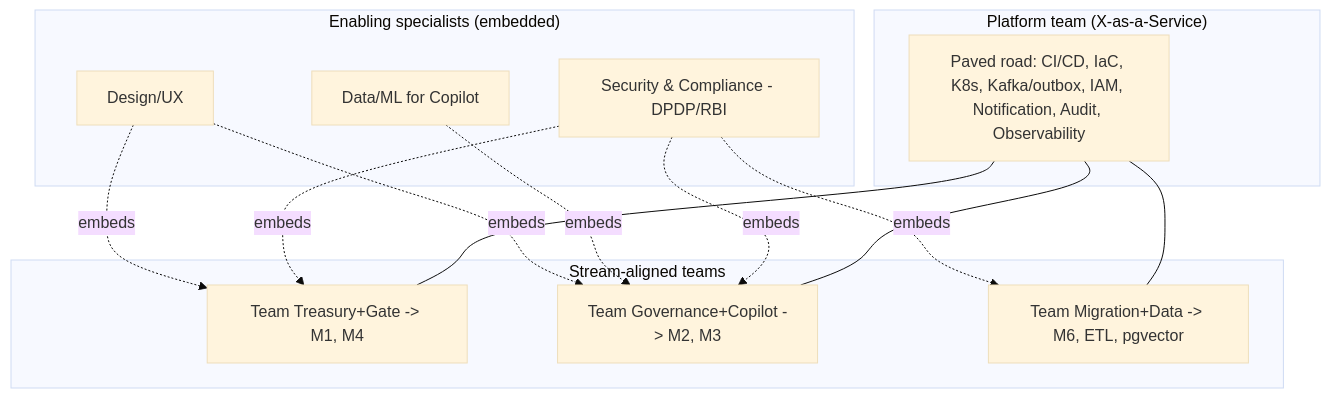
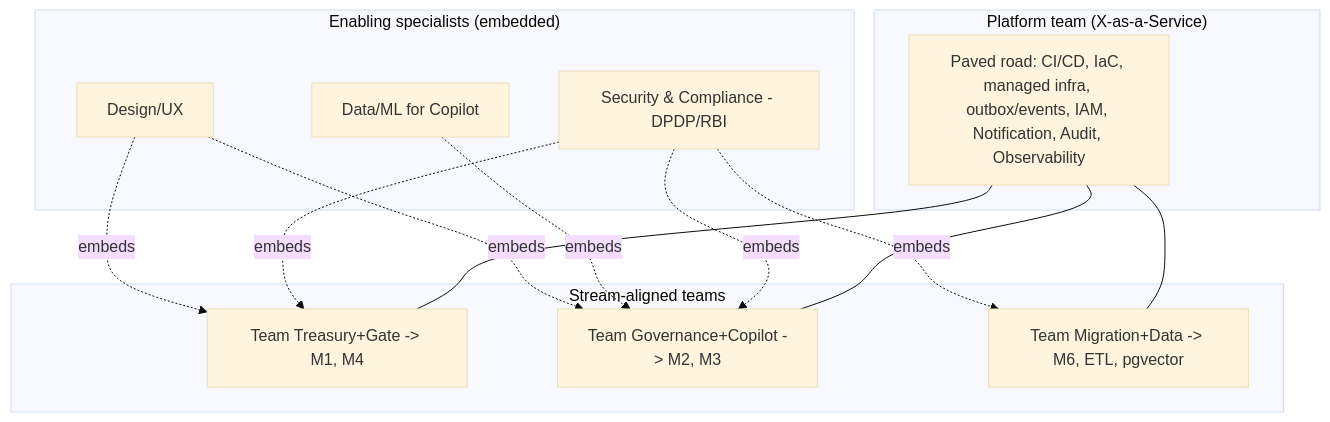
The diagram in docs/delivery/estimation-and-team.md (ayushrai007/Societix), drawn with Mermaid (base theme) before and after one commit. The commit also changed other lines of this file and 23 other files, not shown here.

````diff
--- a/docs/delivery/estimation-and-team.md
+++ b/docs/delivery/estimation-and-team.md
@@ -20,20 +20,20 @@
 ```mermaid
 flowchart TB
     subgraph Platform["Platform team (X-as-a-Service)"]
-      P[Paved road: CI/CD, IaC, K8s, Kafka/outbox, IAM, Notification, Audit, Observability]
+      P[Paved road: CI/CD, IaC, managed infra, outbox/events, IAM, Notification, Audit, Observability]
     end
     subgraph Streams["Stream-aligned teams"]
       SA[Team Treasury+Gate -> M1, M4]
       SB[Team Governance+Copilot -> M2, M3]
       SC[Team Migration+Data -> M6, ETL, pgvector]
     end
     subgraph Enabling["Enabling specialists (embedded)"]
       SEC[Security & Compliance - DPDP/RBI]
       ML[Data/ML for Copilot]
       UX[Design/UX]
     end
     P --- SA & SB & SC
     SEC -.embeds.-> SA & SB & SC
     ML -.embeds.-> SB
     UX -.embeds.-> SA & SB
 ```
````
